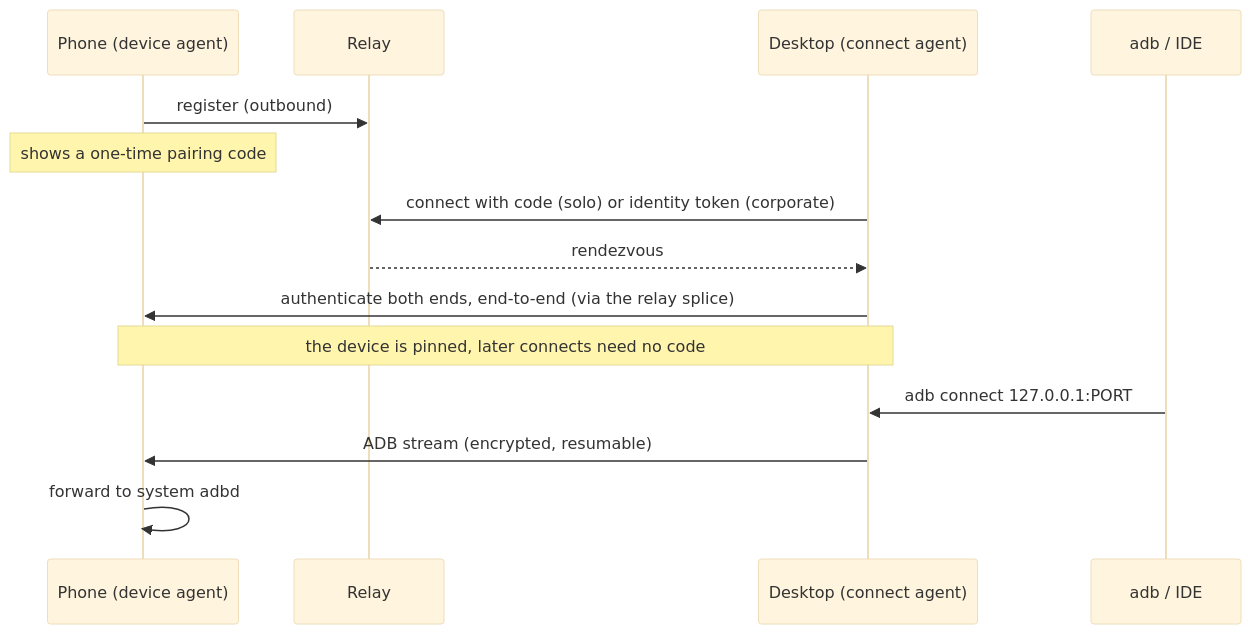
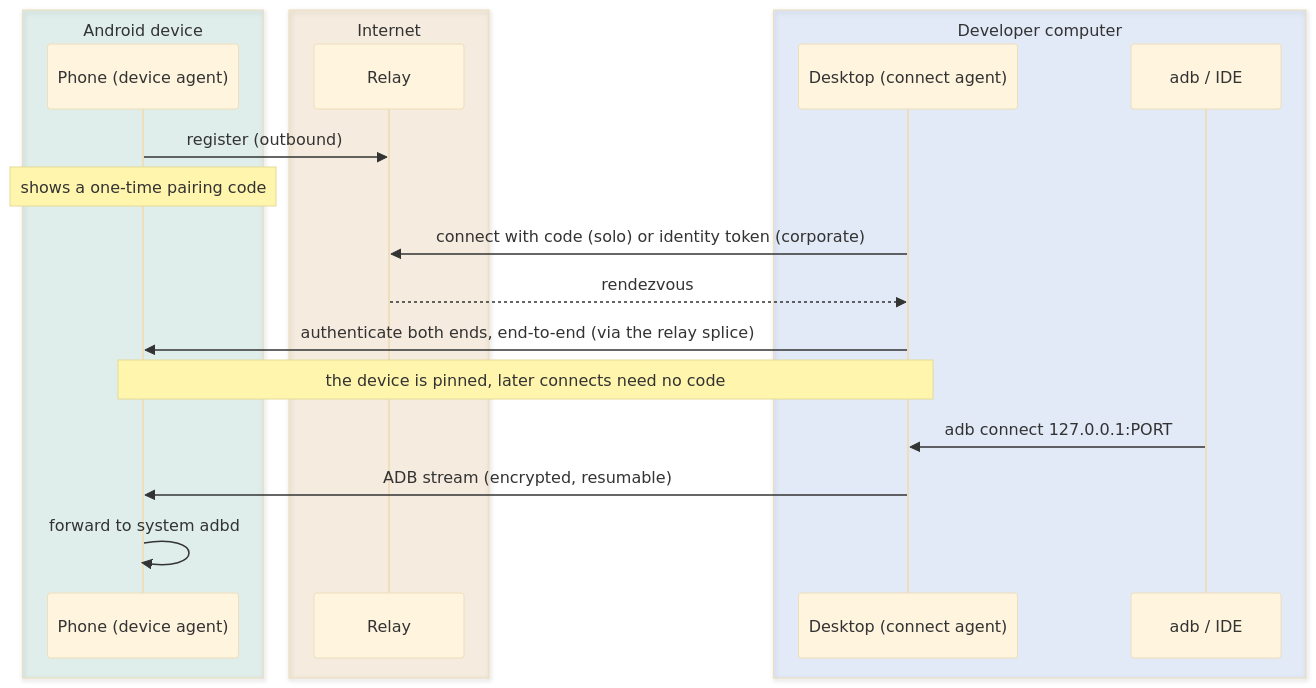
One commit to SumukhaK/New-GenADB changed the second of 3 diagrams in README.md. Above: the diagram before and after it, drawn with Mermaid (base theme). The commit also changed other lines of this file and 2 other files, not shown here.

First line of the commit message:
Add project logo, banner and badges; color the README diagrams (#9)

````diff
--- a/README.md
+++ b/README.md
@@ -53,16 +75,22 @@
 ```mermaid
 sequenceDiagram
-    participant P as Phone (device agent)
-    participant R as Relay
-    participant D as Desktop (connect agent)
-    participant A as adb / IDE
+    box rgba(5,150,105,0.10) Android device
+        participant P as Phone (device agent)
+    end
+    box rgba(217,119,6,0.10) Internet
+        participant R as Relay
+    end
+    box rgba(37,99,235,0.10) Developer computer
+        participant D as Desktop (connect agent)
+        participant A as adb / IDE
+    end
     P->>R: register (outbound)
     Note over P: shows a one-time pairing code
     D->>R: connect with code (solo) or identity token (corporate)
     R-->>D: rendezvous
     D->>P: authenticate both ends, end-to-end (via the relay splice)
     Note over D,P: the device is pinned, later connects need no code
     A->>D: adb connect 127.0.0.1:PORT
     D->>P: ADB stream (encrypted, resumable)
     P->>P: forward to system adbd
 ```
````
